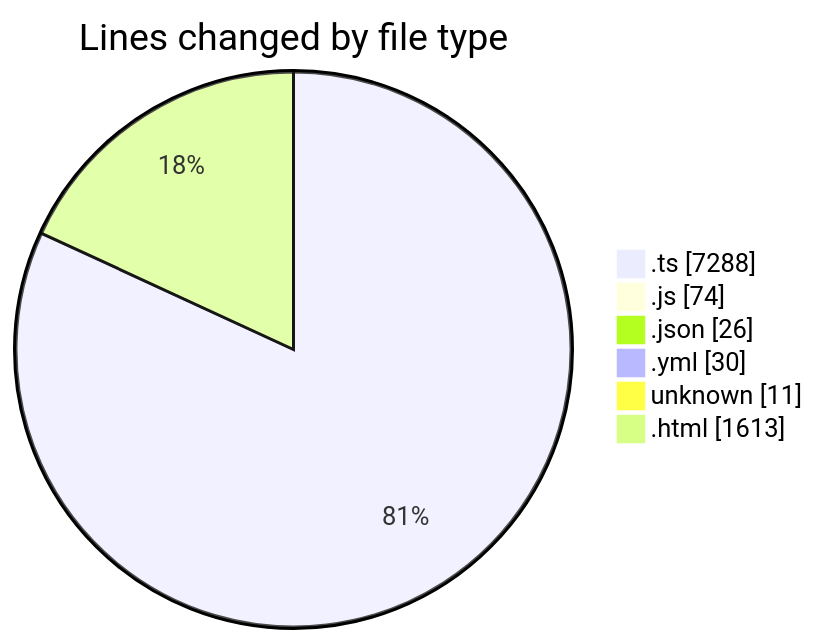
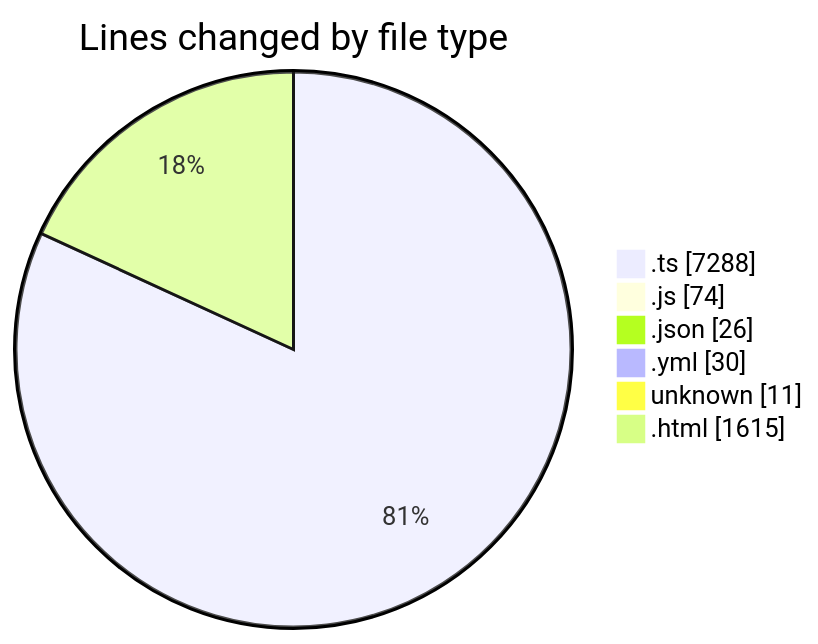
The first of 2 diagrams in 2026-02-07/singularitybrainai/README.md (tmsrecording-cyber/code-tracking), drawn with Mermaid before and after one commit. The commit also changed other lines of this file and 1 other file, not shown here.

````diff
--- a/2026-02-07/singularitybrainai/README.md
+++ b/2026-02-07/singularitybrainai/README.md
@@ -42,10 +42,10 @@
 ```mermaid
 pie showData
 title Lines changed by file type
 ".ts" : 7288
 ".js" : 74
 ".json" : 26
 ".yml" : 30
 "unknown" : 11
-".html" : 1613
+".html" : 1615
 ```
````
